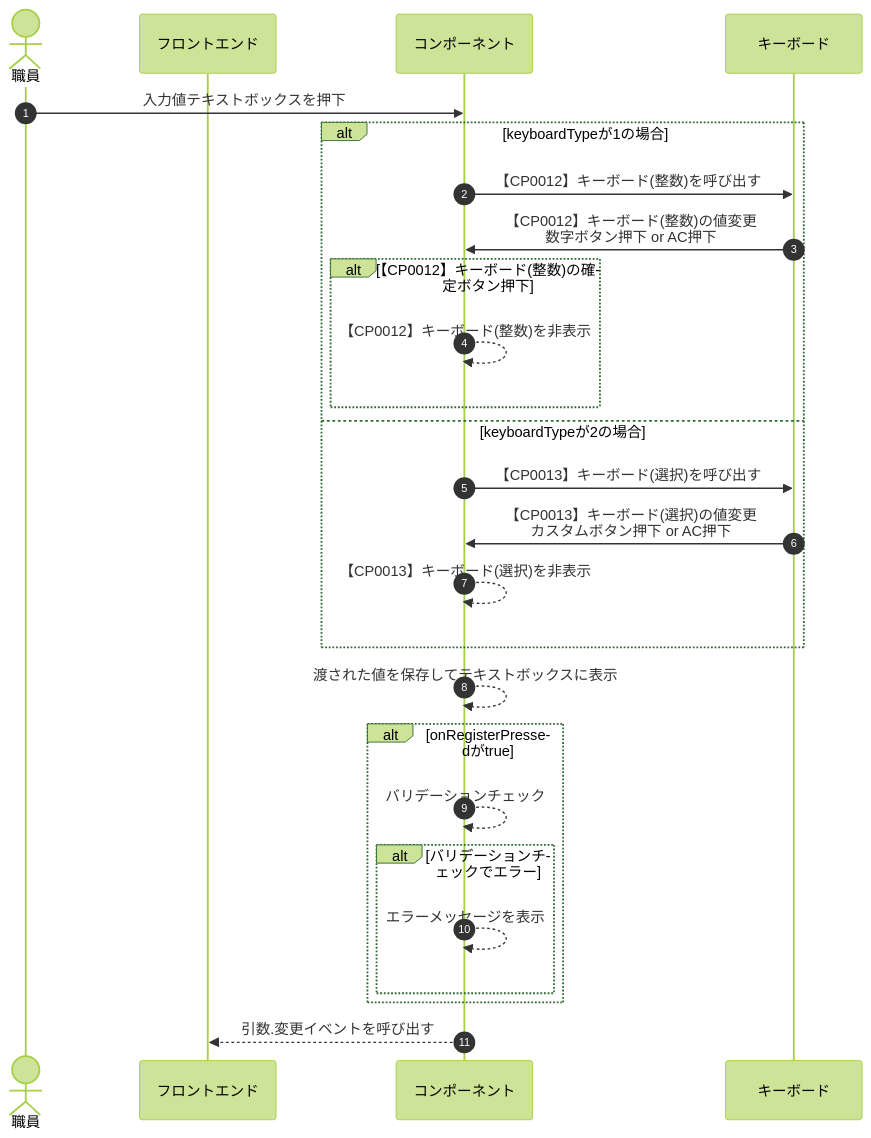
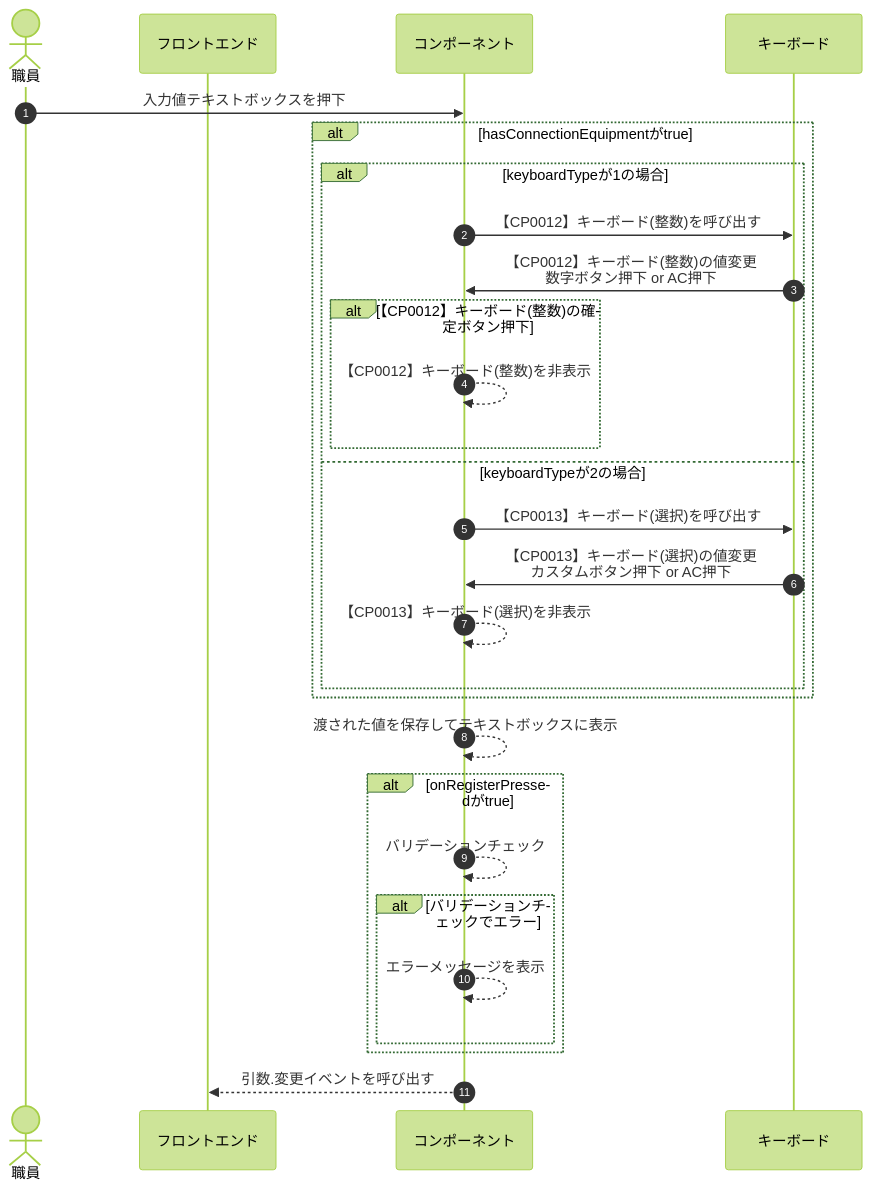
Before and after one commit to MrWangpeilin945/FlutterIOS: the diagram in Documents/UI設計書/src/docs/コンポーネント/CP1006_検査項目グループ_検査：血圧2回/CP1006-TextboxPressed.mmd, drawn with Mermaid. The commit also changed other lines of this file and 1 other file, not shown here.

Commit message:
血圧2回のテキストボックス押下時のシーケンス図を修正

```diff
--- a/Documents/UI設計書/src/docs/コンポーネント/CP1006_検査項目グループ_検査：血圧2回/CP1006-TextboxPressed.mmd
+++ b/Documents/UI設計書/src/docs/コンポーネント/CP1006_検査項目グループ_検査：血圧2回/CP1006-TextboxPressed.mmd
@@ -1,28 +1,30 @@
 %%{init:{'theme':'forest'}}%%
 sequenceDiagram
 autonumber
   actor User as 職員
   participant FE as フロントエンド
   participant KN as コンポーネント
   participant Key as キーボード
 
   User->>KN:入力値テキストボックスを押下
+  alt hasConnectionEquipmentがtrue
   alt keyboardTypeが1の場合
   KN->>Key:【CP0012】キーボード(整数)を呼び出す
   Key->>KN:【CP0012】キーボード(整数)の値変更<br>数字ボタン押下 or AC押下
   alt 【CP0012】キーボード(整数)の確定ボタン押下
   KN-->>KN:【CP0012】キーボード(整数)を非表示
   end
   else keyboardTypeが2の場合
   KN->>Key:【CP0013】キーボード(選択)を呼び出す
   Key->>KN:【CP0013】キーボード(選択)の値変更<br>カスタムボタン押下 or AC押下
   KN-->>KN:【CP0013】キーボード(選択)を非表示
   end
+  end
   KN-->>KN:渡された値を保存してテキストボックスに表示
   alt onRegisterPressedがtrue
   KN-->>KN:バリデーションチェック
   alt バリデーションチェックでエラー
   KN-->>KN:エラーメッセージを表示 
   end
   end
   KN-->>FE:引数.変更イベントを呼び出す
```
